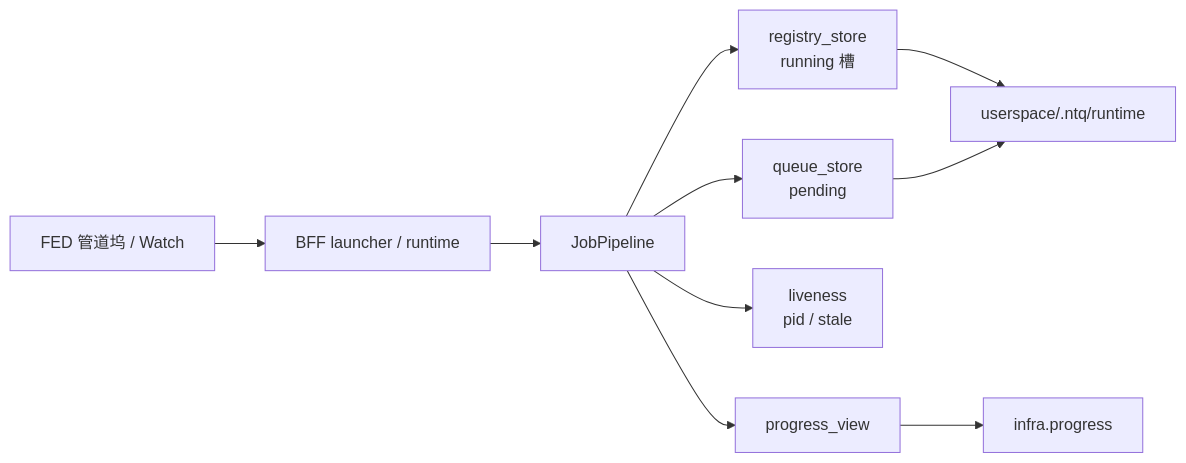
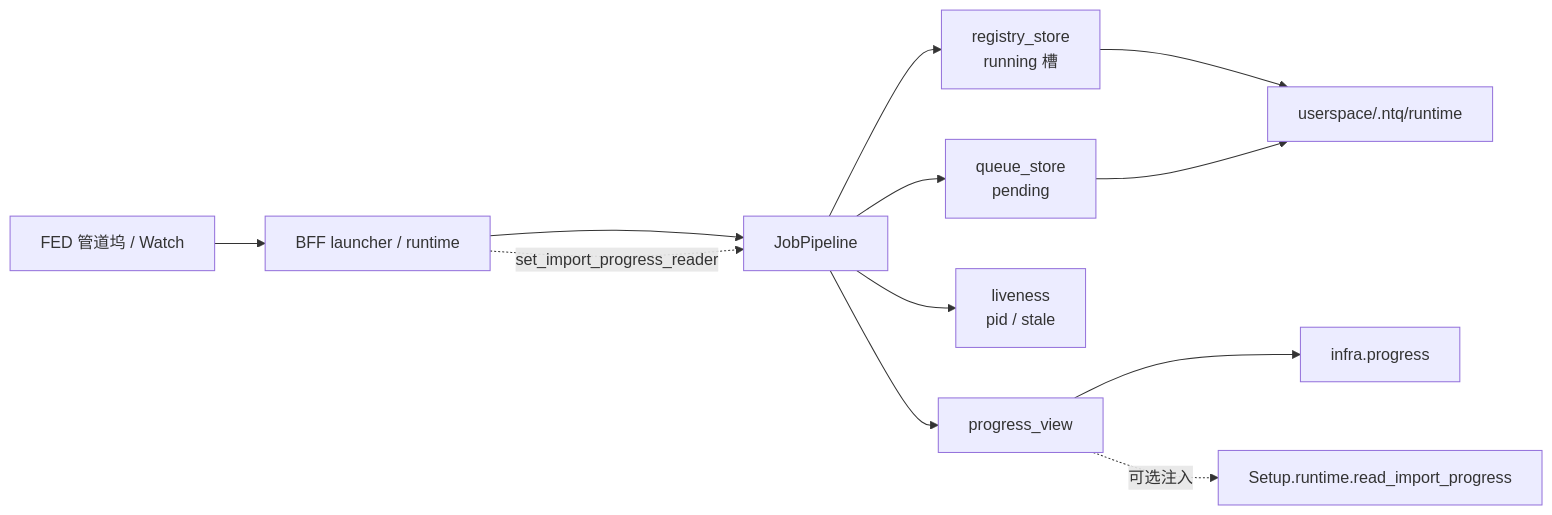
Before and after one commit to garnet1985/new-tea-quant: the first of 2 diagrams in core/infra/job_pipeline/docs/ARCHITECTURE.md, drawn with Mermaid. The commit also changed other lines of this file and 74 other files, not shown here.

````diff
--- a/core/infra/job_pipeline/docs/ARCHITECTURE.md
+++ b/core/infra/job_pipeline/docs/ARCHITECTURE.md
@@ -58,12 +59,14 @@
 ```mermaid
 flowchart LR
   BFF["BFF launcher / runtime"] --> JP["JobPipeline"]
   FED["FED 管道坞 / Watch"] --> BFF
+  BFF -.->|set_import_progress_reader| JP
   JP --> Reg["registry_store<br/>running 槽"]
   JP --> Que["queue_store<br/>pending"]
   JP --> Live["liveness<br/>pid / stale"]
   JP --> PV["progress_view"]
   PV --> Prog["infra.progress"]
+  PV -.->|可选注入| ImportProg["Setup.runtime.read_import_progress"]
   Reg --> Disk["userspace/.ntq/runtime"]
   Que --> Disk
 ```
````
